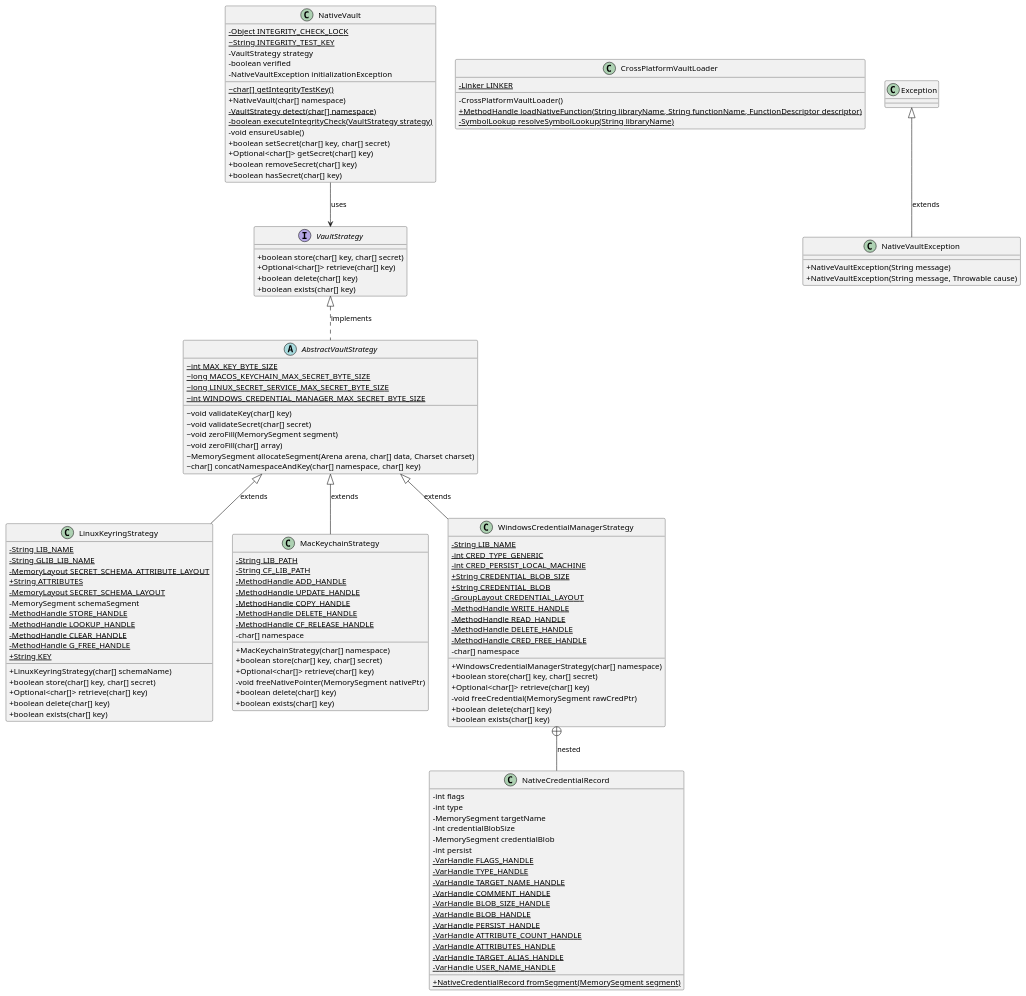
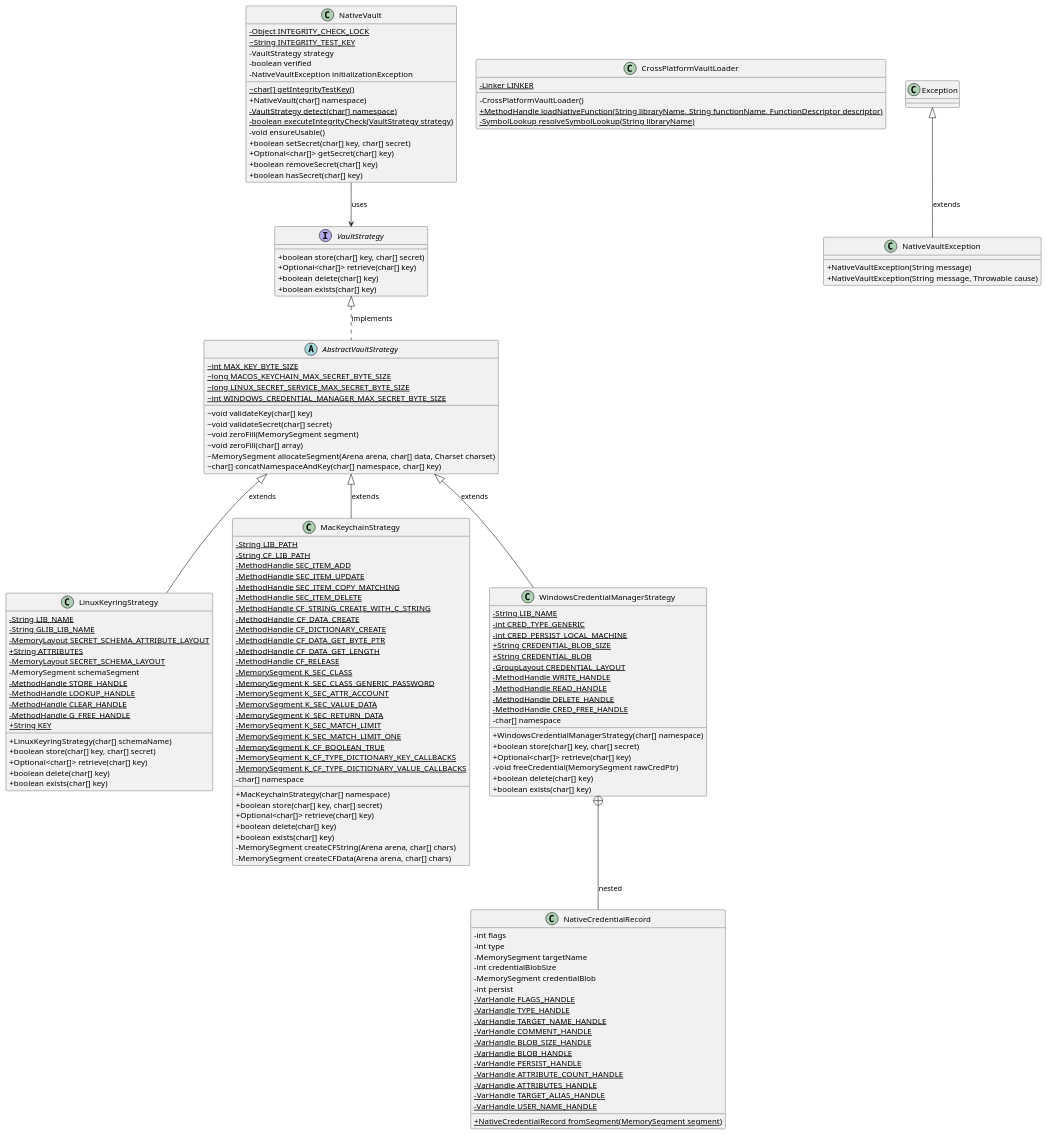
Before and after one commit to Lob2018/native-vault: the diagram in .myresources/uml/class.puml, drawn with PlantUML. The commit also changed 1 other file, not shown here.

Commit message:
♻️ refactor class.puml: Update MacKeychainStrategy class content -class.puml: Add missing static method handles, CoreFoundation function descriptors, and global segment constants for macOS Keychain strategy. -Tests pass.

```diff
--- a/.myresources/uml/class.puml
+++ b/.myresources/uml/class.puml
@@ -1,139 +1,155 @@
 @startuml
 skinparam classAttributeIconSize 0
 
 interface VaultStrategy {
     + boolean store(char[] key, char[] secret)
     + Optional<char[]> retrieve(char[] key)
     + boolean delete(char[] key)
     + boolean exists(char[] key)
 }
 
 abstract class AbstractVaultStrategy {
     {static} ~ int MAX_KEY_BYTE_SIZE
     {static} ~ long MACOS_KEYCHAIN_MAX_SECRET_BYTE_SIZE
     {static} ~ long LINUX_SECRET_SERVICE_MAX_SECRET_BYTE_SIZE
     {static} ~ int WINDOWS_CREDENTIAL_MANAGER_MAX_SECRET_BYTE_SIZE
     ~ void validateKey(char[] key)
     ~ void validateSecret(char[] secret)
     ~ void zeroFill(MemorySegment segment)
     ~ void zeroFill(char[] array)
     ~ MemorySegment allocateSegment(Arena arena, char[] data, Charset charset)
     ~ char[] concatNamespaceAndKey(char[] namespace, char[] key)
 }
 
 class LinuxKeyringStrategy {
     {static} - String LIB_NAME
     {static} - String GLIB_LIB_NAME
     {static} - MemoryLayout SECRET_SCHEMA_ATTRIBUTE_LAYOUT
     {static} + String ATTRIBUTES
     {static} - MemoryLayout SECRET_SCHEMA_LAYOUT
     - MemorySegment schemaSegment
     {static} - MethodHandle STORE_HANDLE
     {static} - MethodHandle LOOKUP_HANDLE
     {static} - MethodHandle CLEAR_HANDLE
     {static} - MethodHandle G_FREE_HANDLE
     {static} + String KEY
     + LinuxKeyringStrategy(char[] schemaName)
     + boolean store(char[] key, char[] secret)
     + Optional<char[]> retrieve(char[] key)
     + boolean delete(char[] key)
     + boolean exists(char[] key)
 }
 
 class MacKeychainStrategy {
     {static} - String LIB_PATH
     {static} - String CF_LIB_PATH
-    {static} - MethodHandle ADD_HANDLE
-    {static} - MethodHandle UPDATE_HANDLE
-    {static} - MethodHandle COPY_HANDLE
-    {static} - MethodHandle DELETE_HANDLE
-    {static} - MethodHandle CF_RELEASE_HANDLE
+    {static} - MethodHandle SEC_ITEM_ADD
+    {static} - MethodHandle SEC_ITEM_UPDATE
+    {static} - MethodHandle SEC_ITEM_COPY_MATCHING
+    {static} - MethodHandle SEC_ITEM_DELETE
+    {static} - MethodHandle CF_STRING_CREATE_WITH_C_STRING
+    {static} - MethodHandle CF_DATA_CREATE
+    {static} - MethodHandle CF_DICTIONARY_CREATE
+    {static} - MethodHandle CF_DATA_GET_BYTE_PTR
+    {static} - MethodHandle CF_DATA_GET_LENGTH
+    {static} - MethodHandle CF_RELEASE
+    {static} - MemorySegment K_SEC_CLASS
+    {static} - MemorySegment K_SEC_CLASS_GENERIC_PASSWORD
+    {static} - MemorySegment K_SEC_ATTR_ACCOUNT
+    {static} - MemorySegment K_SEC_VALUE_DATA
+    {static} - MemorySegment K_SEC_RETURN_DATA
+    {static} - MemorySegment K_SEC_MATCH_LIMIT
+    {static} - MemorySegment K_SEC_MATCH_LIMIT_ONE
+    {static} - MemorySegment K_CF_BOOLEAN_TRUE
+    {static} - MemorySegment K_CF_TYPE_DICTIONARY_KEY_CALLBACKS
+    {static} - MemorySegment K_CF_TYPE_DICTIONARY_VALUE_CALLBACKS
     - char[] namespace
     + MacKeychainStrategy(char[] namespace)
     + boolean store(char[] key, char[] secret)
     + Optional<char[]> retrieve(char[] key)
-    - void freeNativePointer(MemorySegment nativePtr)
     + boolean delete(char[] key)
     + boolean exists(char[] key)
+    - MemorySegment createCFString(Arena arena, char[] chars)
+    - MemorySegment createCFData(Arena arena, char[] chars)
 }
 
 class WindowsCredentialManagerStrategy {
     {static} - String LIB_NAME
     {static} - int CRED_TYPE_GENERIC
     {static} - int CRED_PERSIST_LOCAL_MACHINE
     {static} + String CREDENTIAL_BLOB_SIZE
     {static} + String CREDENTIAL_BLOB
     {static} - GroupLayout CREDENTIAL_LAYOUT
     {static} - MethodHandle WRITE_HANDLE
     {static} - MethodHandle READ_HANDLE
     {static} - MethodHandle DELETE_HANDLE
     {static} - MethodHandle CRED_FREE_HANDLE
     - char[] namespace
     + WindowsCredentialManagerStrategy(char[] namespace)
     + boolean store(char[] key, char[] secret)
     + Optional<char[]> retrieve(char[] key)
     - void freeCredential(MemorySegment rawCredPtr)
     + boolean delete(char[] key)
     + boolean exists(char[] key)
 }
 
 class "NativeCredentialRecord" as WindowsCredentialManagerStrategy_NativeCredentialRecord {
     - int flags
     - int type
     - MemorySegment targetName
     - int credentialBlobSize
     - MemorySegment credentialBlob
     - int persist
     {static} - VarHandle FLAGS_HANDLE
     {static} - VarHandle TYPE_HANDLE
     {static} - VarHandle TARGET_NAME_HANDLE
     {static} - VarHandle COMMENT_HANDLE
     {static} - VarHandle BLOB_SIZE_HANDLE
     {static} - VarHandle BLOB_HANDLE
     {static} - VarHandle PERSIST_HANDLE
     {static} - VarHandle ATTRIBUTE_COUNT_HANDLE
     {static} - VarHandle ATTRIBUTES_HANDLE
     {static} - VarHandle TARGET_ALIAS_HANDLE
     {static} - VarHandle USER_NAME_HANDLE
     {static} + NativeCredentialRecord fromSegment(MemorySegment segment)
 }
 
 class NativeVault {
     {static} - Object INTEGRITY_CHECK_LOCK
     {static} ~ String INTEGRITY_TEST_KEY
     - VaultStrategy strategy
     - boolean verified
     - NativeVaultException initializationException
     {static} ~ char[] getIntegrityTestKey()
     + NativeVault(char[] namespace)
     {static} - VaultStrategy detect(char[] namespace)
     {static} - boolean executeIntegrityCheck(VaultStrategy strategy)
     - void ensureUsable()
     + boolean setSecret(char[] key, char[] secret)
     + Optional<char[]> getSecret(char[] key)
     + boolean removeSecret(char[] key)
     + boolean hasSecret(char[] key)
 }
 
 class CrossPlatformVaultLoader {
     {static} - Linker LINKER
     - CrossPlatformVaultLoader()
     {static} + MethodHandle loadNativeFunction(String libraryName, String functionName, FunctionDescriptor descriptor)
     {static} - SymbolLookup resolveSymbolLookup(String libraryName)
 }
 
 class NativeVaultException {
     + NativeVaultException(String message)
     + NativeVaultException(String message, Throwable cause)
 }
 
 class Exception
 
 VaultStrategy <|.. AbstractVaultStrategy : implements
 AbstractVaultStrategy <|-- LinuxKeyringStrategy : extends
 AbstractVaultStrategy <|-- MacKeychainStrategy : extends
 AbstractVaultStrategy <|-- WindowsCredentialManagerStrategy : extends
 WindowsCredentialManagerStrategy +-- WindowsCredentialManagerStrategy_NativeCredentialRecord : nested
 NativeVault --> VaultStrategy : uses
 Exception <|-- NativeVaultException : extends
 @enduml
```
